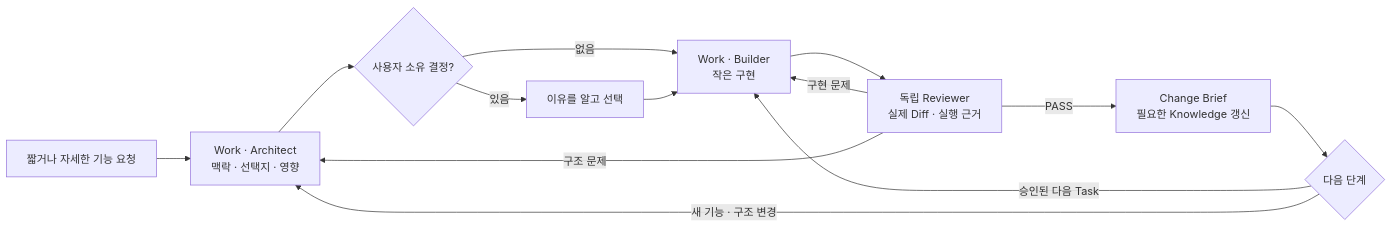
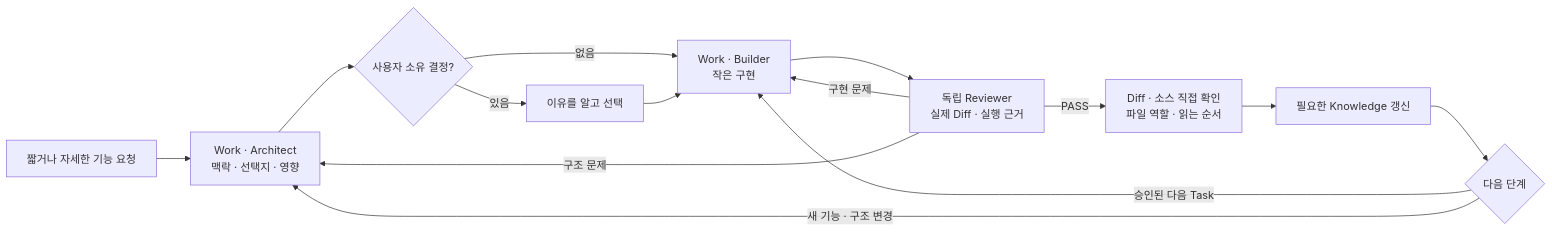
The first of 2 diagrams in README.md (yeomin-yoon/AI-Dev-Workflow), drawn with Mermaid before and after one commit. The commit also changed other lines of this file and 25 other files, not shown here.

````diff
--- a/README.md
+++ b/README.md
@@ -66,15 +66,16 @@
 ```mermaid
 flowchart LR
     Seed["짧거나 자세한 기능 요청"] --> Design["Work · Architect<br/>맥락 · 선택지 · 영향"]
     Design --> Gate{"사용자 소유 결정?"}
     Gate -->|있음| User["이유를 알고 선택"]
     Gate -->|없음| Build["Work · Builder<br/>작은 구현"]
     User --> Build
     Build --> Review["독립 Reviewer<br/>실제 Diff · 실행 근거"]
     Review -->|구현 문제| Build
     Review -->|구조 문제| Design
-    Review -->|PASS| Sync["Change Brief<br/>필요한 Knowledge 갱신"]
+    Review -->|PASS| Inspect["Diff · 소스 직접 확인<br/>파일 역할 · 읽는 순서"]
+    Inspect --> Sync["필요한 Knowledge 갱신"]
     Sync --> Next{"다음 단계"}
     Next -->|승인된 다음 Task| Build
     Next -->|새 기능 · 구조 변경| Design
 ```
````
